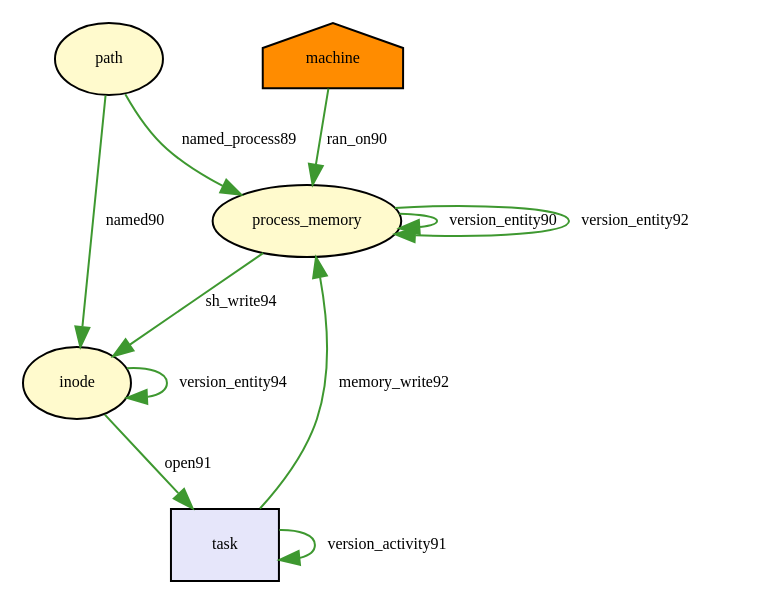
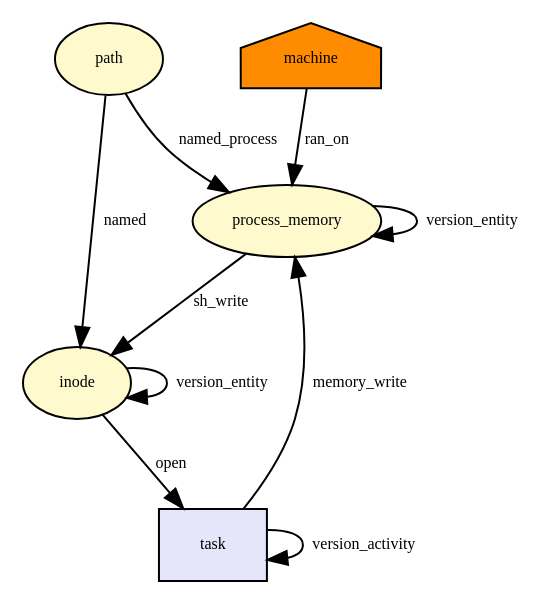
The diagram in tmp/provenance_file_open.dot (TinkerBellSystem/graph-matching), drawn with Graphviz before and after one commit. The commit also changed 64 other files, not shown here.

Commit message:
simply graph

```diff
--- a/tmp/provenance_file_open.dot
+++ b/tmp/provenance_file_open.dot
@@ -1,31 +1,29 @@
 digraph RGL__DirectedAdjacencyGraph {path[fontsize = 8,label = "path",shape = ellipse, fillcolor="#fffacd", style = filled]
 
 process_memory[fontsize = 8,label = "process_memory",shape = ellipse, fillcolor="#fffacd", style = filled]
 
-path -> process_memory[fontsize = 8,label = "named_process89", color="#3e9830"]
+path -> process_memory[fontsize = 8,label = "named_process", color="#000000"]
 
-process_memory -> process_memory[fontsize = 8,label = "version_entity90", color="#3e9830"]
+process_memory -> process_memory[fontsize = 8,label = "version_entity", color="#000000"]
 
 machine[fontsize = 8,label = "machine",shape = house, fillcolor="#ff8c00", style = filled]
 
-machine -> process_memory[fontsize = 8,label = "ran_on90", color="#3e9830"]
+machine -> process_memory[fontsize = 8,label = "ran_on", color="#000000"]
 
 inode[fontsize = 8,label = "inode",shape = ellipse, fillcolor="#fffacd", style = filled]
 
-path -> inode[fontsize = 8,label = "named90", color="#3e9830"]
+path -> inode[fontsize = 8,label = "named", color="#000000"]
 
 task[fontsize = 8,label = "task",shape = rectangle, fillcolor="#e6e6fa", style = filled]
 
-task -> task[fontsize = 8,label = "version_activity91", color="#3e9830"]
+task -> task[fontsize = 8,label = "version_activity", color="#000000"]
 
-inode -> task[fontsize = 8,label = "open91", color="#3e9830"]
+inode -> task[fontsize = 8,label = "open", color="#000000"]
 
-process_memory -> process_memory[fontsize = 8,label = "version_entity92", color="#3e9830"]
+task -> process_memory[fontsize = 8,label = "memory_write", color="#000000"]
 
-task -> process_memory[fontsize = 8,label = "memory_write92", color="#3e9830"]
+inode -> inode[fontsize = 8,label = "version_entity", color="#000000"]
 
-inode -> inode[fontsize = 8,label = "version_entity94", color="#3e9830"]
-
-process_memory -> inode[fontsize = 8,label = "sh_write94", color="#3e9830"]
+process_memory -> inode[fontsize = 8,label = "sh_write", color="#000000"]
 
 }
```
